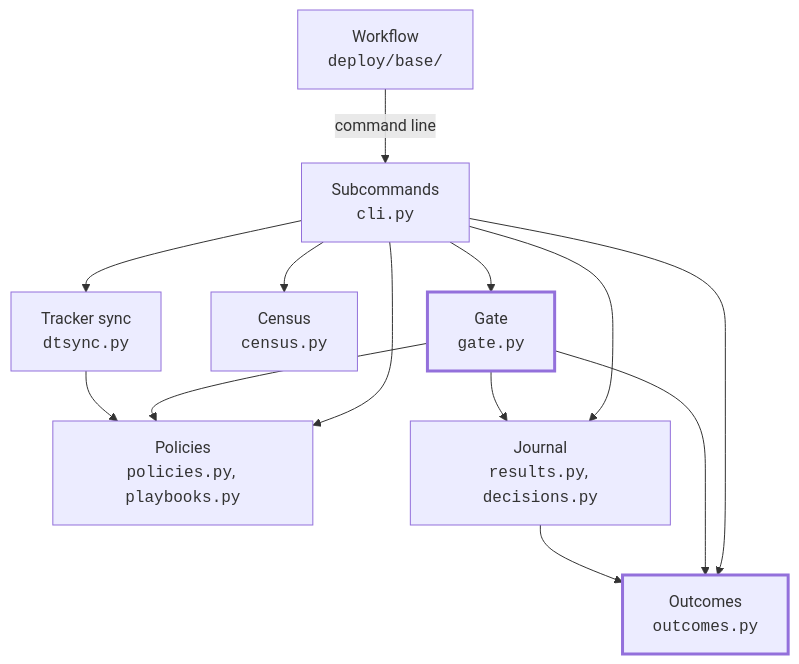
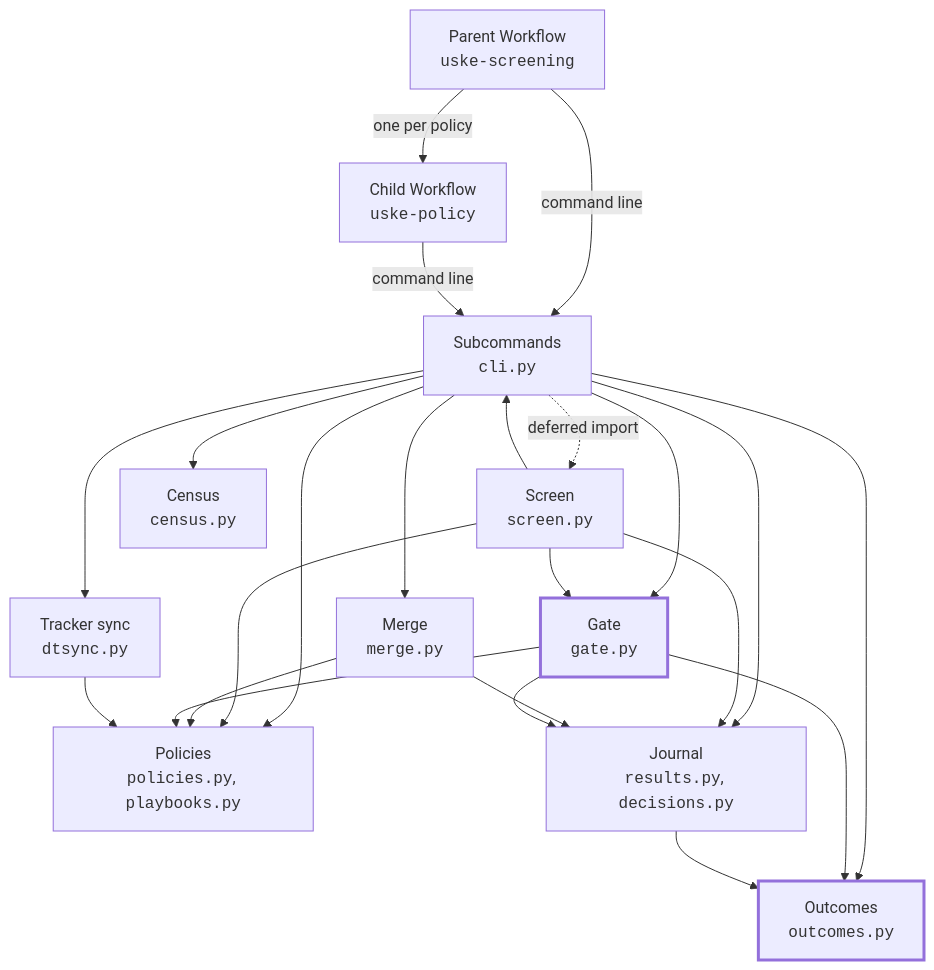
Before and after one commit to trivoallan/uske: the second of 5 diagrams in docs/architecture/arc42.md, drawn with Mermaid. The commit also changed other lines of this file and 39 other files, not shown here.

First line of the commit message:
feat: un screening en une commande, et un Workflow par politique sans volume partagé (#53)

````diff
--- a/docs/architecture/arc42.md
+++ b/docs/architecture/arc42.md
@@ -258,17 +261,25 @@
 ```mermaid
 flowchart TD
-  W["Workflow<br><code>deploy/base/</code>"]
+  WP["Parent Workflow<br><code>uske-screening</code>"]
+  WC["Child Workflow<br><code>uske-policy</code>"]
+  Sc["Screen<br><code>screen.py</code>"]
   S["Subcommands<br><code>cli.py</code>"]
+  M["Merge<br><code>merge.py</code>"]
   P["Gate<br><code>gate.py</code>"]:::pure
   I["Outcomes<br><code>outcomes.py</code>"]:::pure
   Pol["Policies<br><code>policies.py</code>, <code>playbooks.py</code>"]
   J["Journal<br><code>results.py</code>, <code>decisions.py</code>"]
   R["Census<br><code>census.py</code>"]
   Sy["Tracker sync<br><code>dtsync.py</code>"]
-  W -->|"command line"| S
-  S --> P & I & Pol & J & R & Sy
+  WP -->|"one per policy"| WC
+  WP -->|"command line"| S
+  WC -->|"command line"| S
+  S --> P & I & Pol & J & R & Sy & M
+  S -.->|"deferred import"| Sc
+  Sc --> S & P & Pol & J
+  M --> Pol & J
   P --> I & Pol & J
   J --> I
   Sy --> Pol
   classDef pure stroke-width:3px
 ```
````
